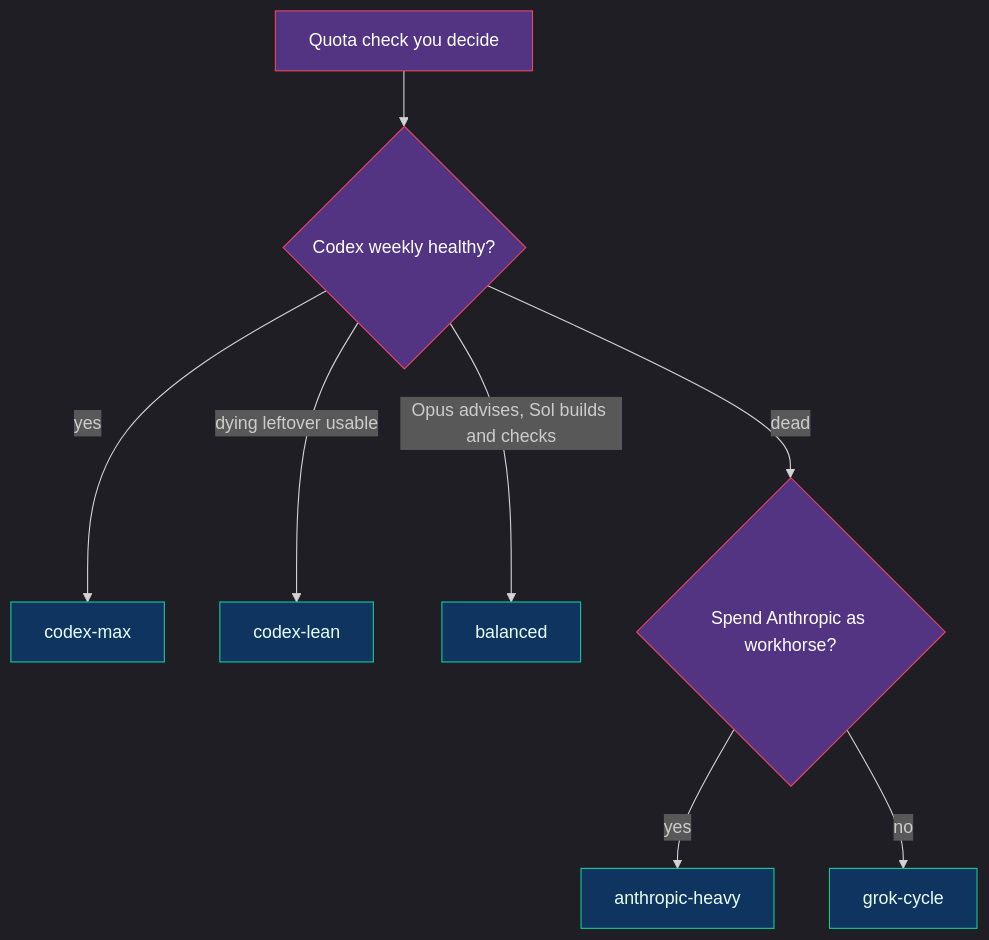
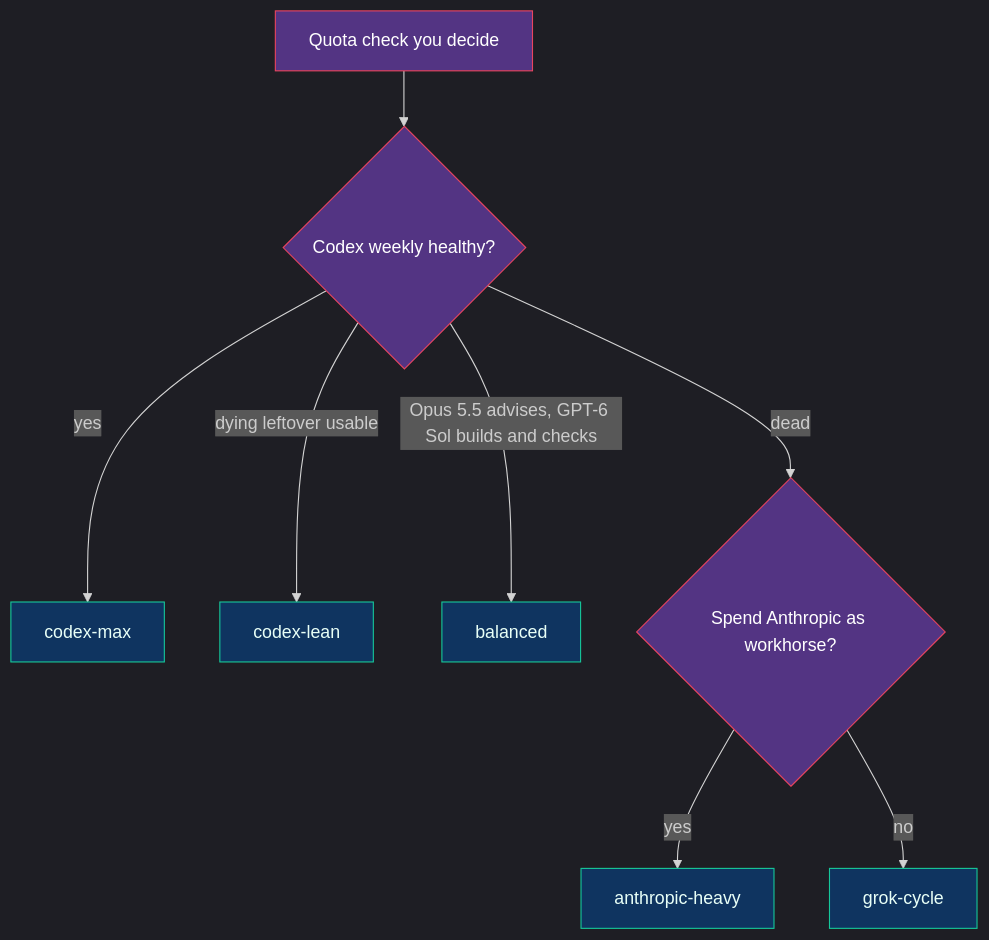
Before and after one commit to nourhelmi/pi-meta-harness: the second of 2 diagrams in docs/intelligence-profiles.md, drawn with Mermaid. The commit also changed other lines of this file and 36 other files, not shown here.

````diff
--- a/docs/intelligence-profiles.md
+++ b/docs/intelligence-profiles.md
@@ -143,19 +143,19 @@
 ```mermaid
 ---
 config:
   theme: dark
 ---
 flowchart TD
   Start[Quota check you decide] --> CodexQ{Codex weekly healthy?}
   CodexQ -->|yes| UseCM[codex-max]
   CodexQ -->|dying leftover usable| UseCL[codex-lean]
-  CodexQ -->|Opus advises, Sol builds and checks| UseBA[balanced]
+  CodexQ -->|Opus 5.5 advises, GPT-6 Sol builds and checks| UseBA[balanced]
   CodexQ -->|dead| AnthQ{Spend Anthropic as workhorse?}
   AnthQ -->|yes| UseAH[anthropic-heavy]
   AnthQ -->|no| UseGC[grok-cycle]
 
   classDef q fill:#533483,stroke:#e94560,color:#fff
   classDef pick fill:#0f3460,stroke:#16c79a,color:#e8fff7
   class Start,CodexQ,AnthQ q
   class UseCM,UseCL,UseBA,UseAH,UseGC pick
 ```
````
